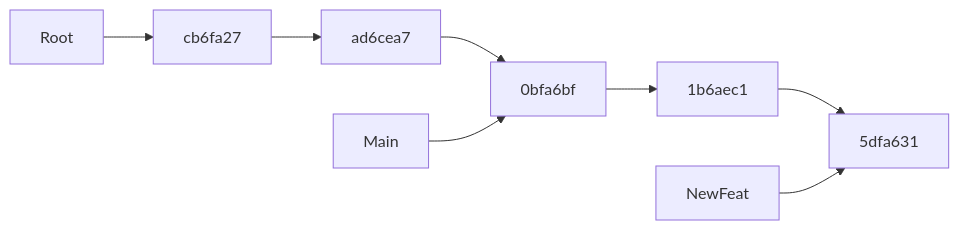
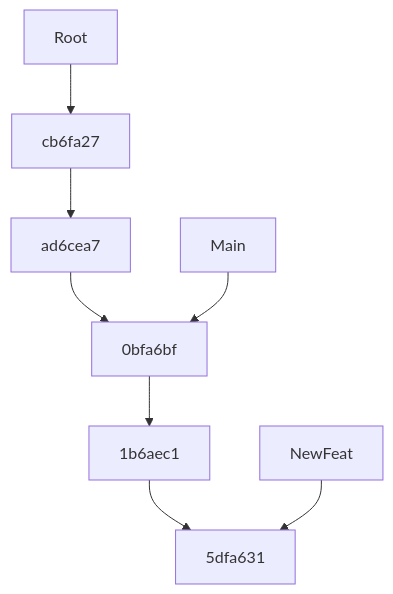
One commit to thenativeweb/temp--git changed the second of 3 diagrams in README.md. Above: the diagram before and after it, drawn with Mermaid. The commit also changed other lines of this file, not shown here.

Commit message:
Rotate diagrams.

````diff
--- a/README.md
+++ b/README.md
@@ -88,11 +103,11 @@
 ```mermaid
-flowchart LR
+flowchart TB
   Root
   Root --> cb6fa27
   cb6fa27 --> ad6cea7
   ad6cea7 --> 0bfa6bf
   0bfa6bf --> 1b6aec1
   1b6aec1 --> 5dfa631
   Main --> 0bfa6bf
   NewFeat --> 5dfa631
 ```
````
